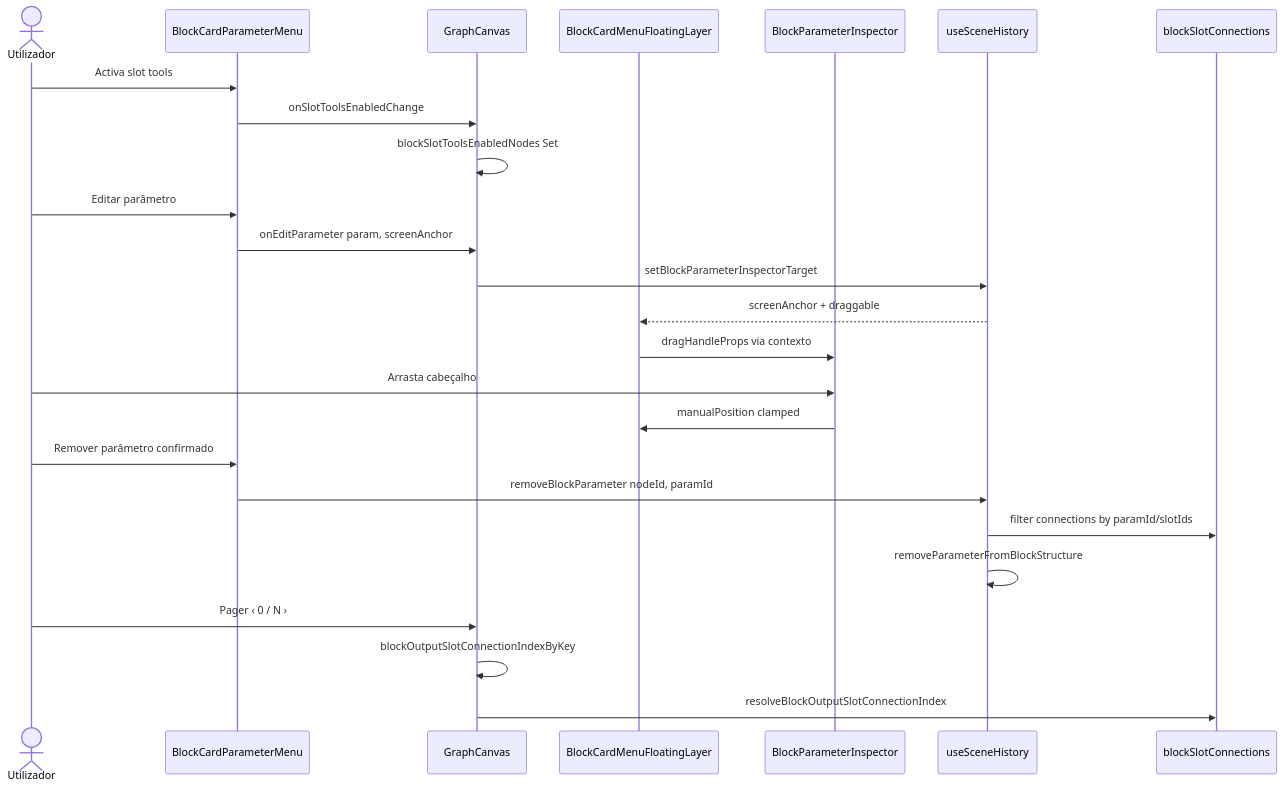
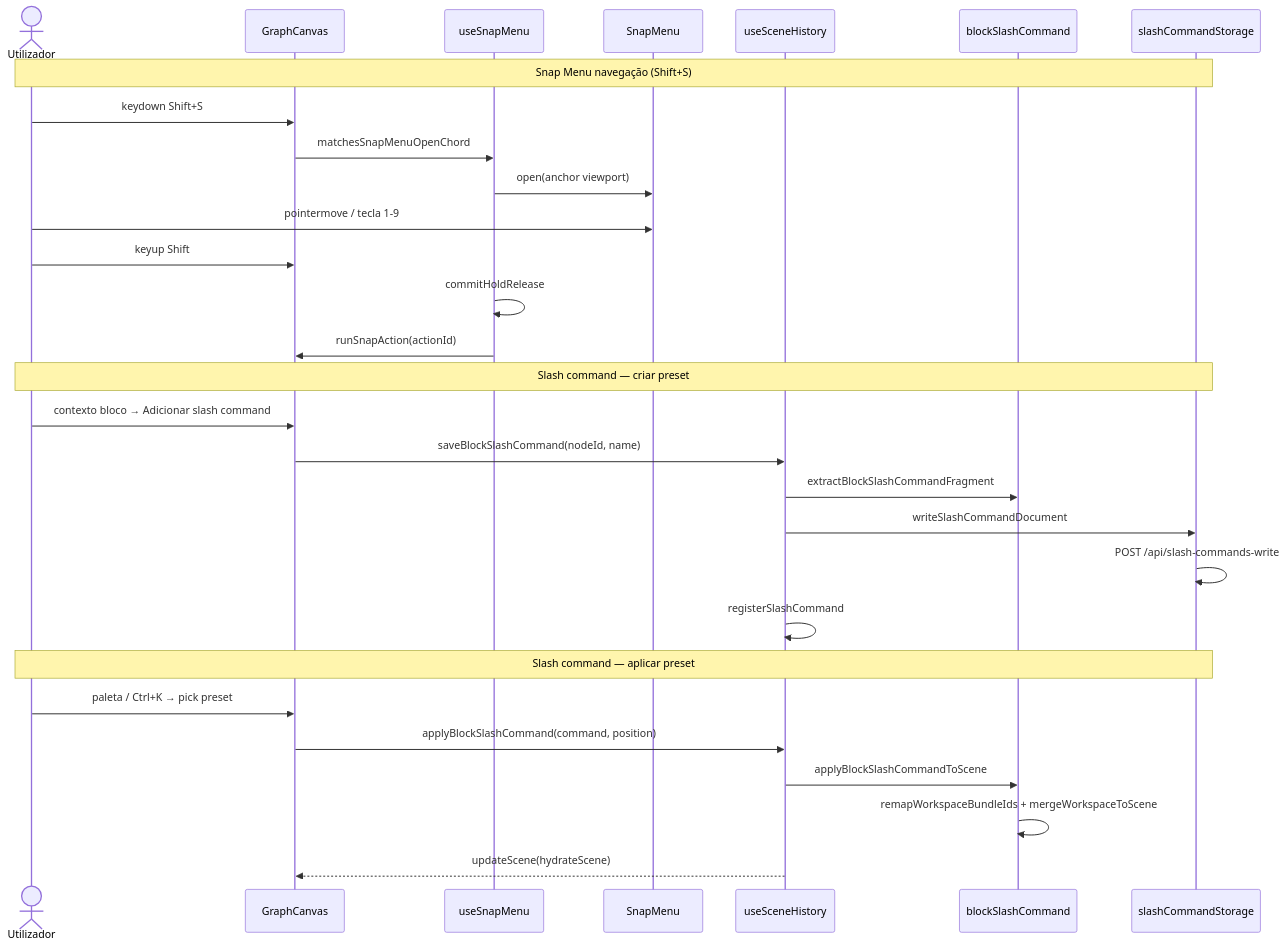
The second of 2 diagrams in README.md (JunioCesar96/Node-Graphs-League-of-Legends), drawn with Mermaid before and after one commit. The commit also changed other lines of this file and 118 other files, not shown here.

First line of the commit message:
feat(canvas): snap menu, cursor 2D, slash commands e grid temático

````diff
--- a/README.md
+++ b/README.md
@@ -70,31 +69,34 @@
 ```mermaid
 sequenceDiagram
   actor U as Utilizador
-  participant Menu as BlockCardParameterMenu
   participant GC as GraphCanvas
-  participant Layer as BlockCardMenuFloatingLayer
-  participant Insp as BlockParameterInspector
-  participant Hist as useSceneHistory
-  participant Core as blockSlotConnections
+  participant USM as useSnapMenu
+  participant SM as SnapMenu
+  participant H as useSceneHistory
+  participant BSC as blockSlashCommand
+  participant ST as slashCommandStorage
 
-  U->>Menu: Activa slot tools
-  Menu->>GC: onSlotToolsEnabledChange
-  GC->>GC: blockSlotToolsEnabledNodes Set
+  Note over U,ST: Snap Menu navegação (Shift+S)
+  U->>GC: keydown Shift+S
+  GC->>USM: matchesSnapMenuOpenChord
+  USM->>SM: open(anchor viewport)
+  U->>SM: pointermove / tecla 1-9
+  U->>GC: keyup Shift
+  USM->>USM: commitHoldRelease
+  USM->>GC: runSnapAction(actionId)
 
-  U->>Menu: Editar parâmetro
-  Menu->>GC: onEditParameter param, screenAnchor
-  GC->>Hist: setBlockParameterInspectorTarget
-  Hist-->>Layer: screenAnchor + draggable
-  Layer->>Insp: dragHandleProps via contexto
-  U->>Insp: Arrasta cabeçalho
-  Insp->>Layer: manualPosition clamped
+  Note over U,ST: Slash command — criar preset
+  U->>GC: contexto bloco → Adicionar slash command
+  GC->>H: saveBlockSlashCommand(nodeId, name)
+  H->>BSC: extractBlockSlashCommandFragment
+  H->>ST: writeSlashCommandDocument
+  ST->>ST: POST /api/slash-commands-write
+  H->>H: registerSlashCommand
 
-  U->>Menu: Remover parâmetro confirmado
-  Menu->>Hist: removeBlockParameter nodeId, paramId
-  Hist->>Core: filter connections by paramId/slotIds
-  Hist->>Hist: removeParameterFromBlockStructure
-
-  U->>GC: Pager ‹ 0 / N ›
-  GC->>GC: blockOutputSlotConnectionIndexByKey
-  GC->>Core: resolveBlockOutputSlotConnectionIndex
+  Note over U,ST: Slash command — aplicar preset
+  U->>GC: paleta / Ctrl+K → pick preset
+  GC->>H: applyBlockSlashCommand(command, position)
+  H->>BSC: applyBlockSlashCommandToScene
+  BSC->>BSC: remapWorkspaceBundleIds + mergeWorkspaceToScene
+  H-->>GC: updateScene(hydrateScene)
 ```
````
